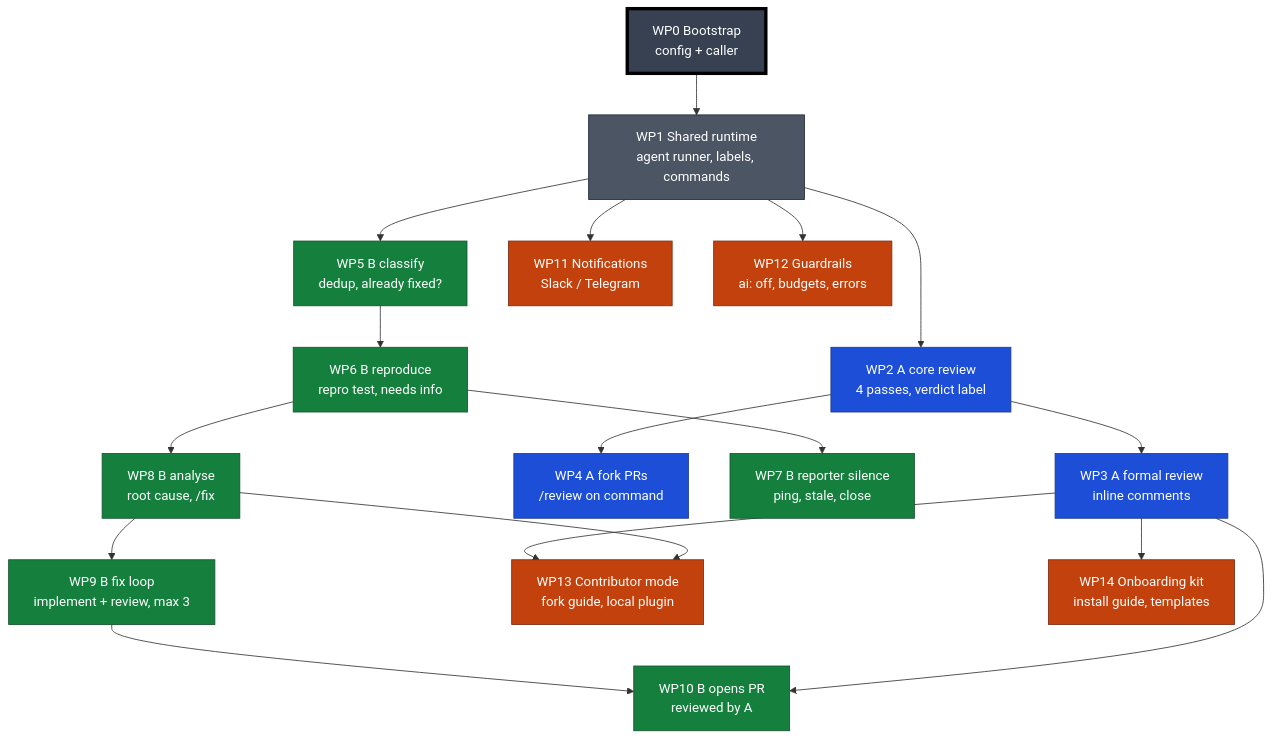
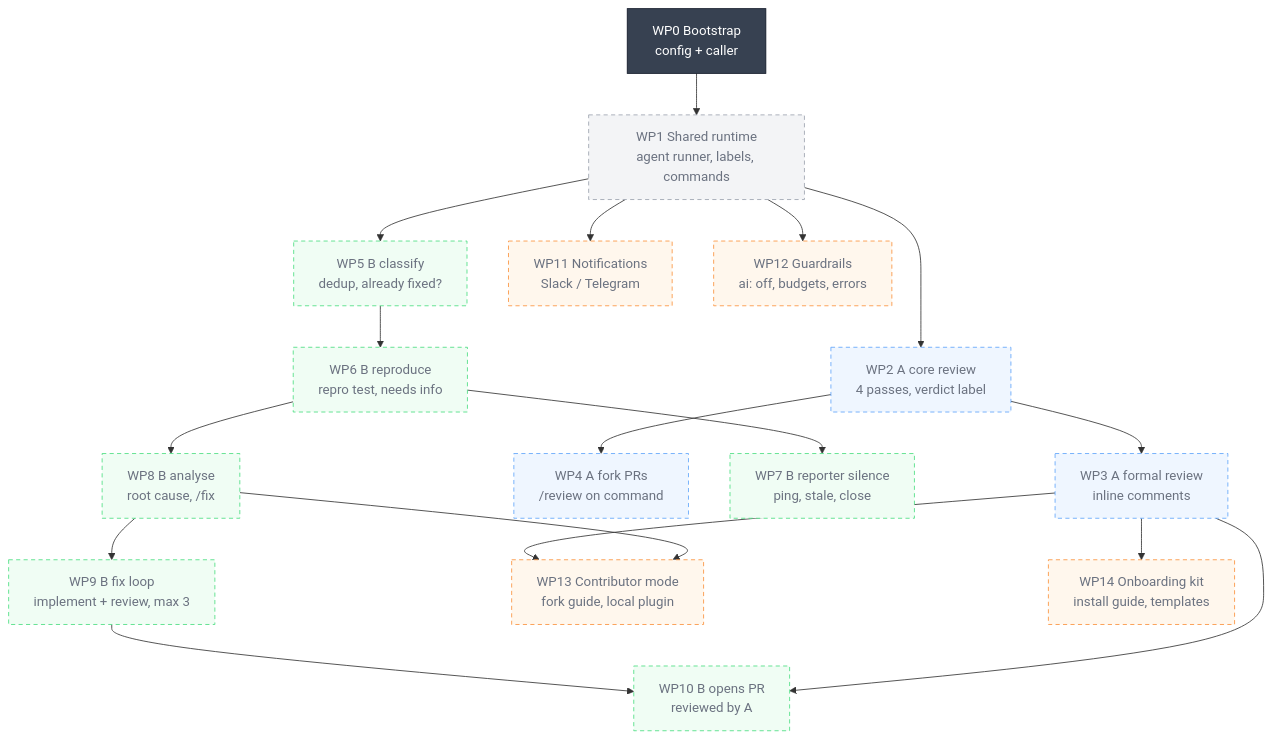
One commit to esciara/ai-workflows changed the first of 2 diagrams in docs/diagrams.md. Above: the diagram before and after it, drawn with Mermaid. The commit also changed other lines of this file, not shown here.

First line of the commit message:
docs: clickable WP overview, done/pending styling, clearer WP1 diagram

````diff
--- a/docs/diagrams.md
+++ b/docs/diagrams.md
@@ -9,28 +20,47 @@
 ```mermaid
 flowchart TD
   WP0["WP0 Bootstrap<br/>config + caller"]:::done --> WP1["WP1 Shared runtime<br/>agent runner, labels, commands"]:::base
 
   WP1 --> WP2["WP2 A core review<br/>4 passes, verdict label"]:::a
   WP2 --> WP3["WP3 A formal review<br/>inline comments"]:::a
   WP2 --> WP4["WP4 A fork PRs<br/>/review on command"]:::a
 
   WP1 --> WP5["WP5 B classify<br/>dedup, already fixed?"]:::b
   WP5 --> WP6["WP6 B reproduce<br/>repro test, needs info"]:::b
   WP6 --> WP7["WP7 B reporter silence<br/>ping, stale, close"]:::b
   WP6 --> WP8["WP8 B analyse<br/>root cause, /fix"]:::b
   WP8 --> WP9["WP9 B fix loop<br/>implement + review, max 3"]:::b
   WP9 --> WP10["WP10 B opens PR<br/>reviewed by A"]:::b
   WP3 --> WP10
 
   WP1 --> WP11["WP11 Notifications<br/>Slack / Telegram"]:::x
   WP1 --> WP12["WP12 Guardrails<br/>ai: off, budgets, errors"]:::x
   WP3 --> WP13["WP13 Contributor mode<br/>fork guide, local plugin"]:::x
   WP8 --> WP13
   WP3 --> WP14["WP14 Onboarding kit<br/>install guide, templates"]:::x
 
-  classDef done fill:#374151,stroke:#000000,stroke-width:4px,color:#ffffff
-  classDef base fill:#4b5563,stroke:#1f2937,color:#ffffff
-  classDef a fill:#1d4ed8,stroke:#1e3a8a,color:#ffffff
-  classDef b fill:#15803d,stroke:#14532d,color:#ffffff
-  classDef x fill:#c2410c,stroke:#7c2d12,color:#ffffff
+  click WP0 "https://github.com/esciara/ai-workflows/blob/main/docs/plan.md?plain=1#L32" "Open WP0 in docs/plan.md" _blank
+  click WP1 "https://github.com/esciara/ai-workflows/blob/main/docs/plan.md?plain=1#L33" "Open WP1 in docs/plan.md" _blank
+  click WP2 "https://github.com/esciara/ai-workflows/blob/main/docs/plan.md?plain=1#L34" "Open WP2 in docs/plan.md" _blank
+  click WP3 "https://github.com/esciara/ai-workflows/blob/main/docs/plan.md?plain=1#L35" "Open WP3 in docs/plan.md" _blank
+  click WP4 "https://github.com/esciara/ai-workflows/blob/main/docs/plan.md?plain=1#L36" "Open WP4 in docs/plan.md" _blank
+  click WP5 "https://github.com/esciara/ai-workflows/blob/main/docs/plan.md?plain=1#L37" "Open WP5 in docs/plan.md" _blank
+  click WP6 "https://github.com/esciara/ai-workflows/blob/main/docs/plan.md?plain=1#L38" "Open WP6 in docs/plan.md" _blank
+  click WP7 "https://github.com/esciara/ai-workflows/blob/main/docs/plan.md?plain=1#L39" "Open WP7 in docs/plan.md" _blank
+  click WP8 "https://github.com/esciara/ai-workflows/blob/main/docs/plan.md?plain=1#L40" "Open WP8 in docs/plan.md" _blank
+  click WP9 "https://github.com/esciara/ai-workflows/blob/main/docs/plan.md?plain=1#L41" "Open WP9 in docs/plan.md" _blank
+  click WP10 "https://github.com/esciara/ai-workflows/blob/main/docs/plan.md?plain=1#L42" "Open WP10 in docs/plan.md" _blank
+  click WP11 "https://github.com/esciara/ai-workflows/blob/main/docs/plan.md?plain=1#L43" "Open WP11 in docs/plan.md" _blank
+  click WP12 "https://github.com/esciara/ai-workflows/blob/main/docs/plan.md?plain=1#L44" "Open WP12 in docs/plan.md" _blank
+  click WP13 "https://github.com/esciara/ai-workflows/blob/main/docs/plan.md?plain=1#L45" "Open WP13 in docs/plan.md" _blank
+  click WP14 "https://github.com/esciara/ai-workflows/blob/main/docs/plan.md?plain=1#L46" "Open WP14 in docs/plan.md" _blank
+
+  classDef done fill:#374151,stroke:#111827,color:#ffffff
+  classDef base fill:#f3f4f6,stroke:#9ca3af,stroke-dasharray:5 4,color:#6b7280
+  classDef a fill:#eff6ff,stroke:#60a5fa,stroke-dasharray:5 4,color:#6b7280
+  classDef b fill:#f0fdf4,stroke:#4ade80,stroke-dasharray:5 4,color:#6b7280
+  classDef x fill:#fff7ed,stroke:#fb923c,stroke-dasharray:5 4,color:#6b7280
+  classDef aDone fill:#1d4ed8,stroke:#1e3a8a,color:#ffffff
+  classDef bDone fill:#15803d,stroke:#14532d,color:#ffffff
+  classDef xDone fill:#c2410c,stroke:#7c2d12,color:#ffffff
 ```
````
